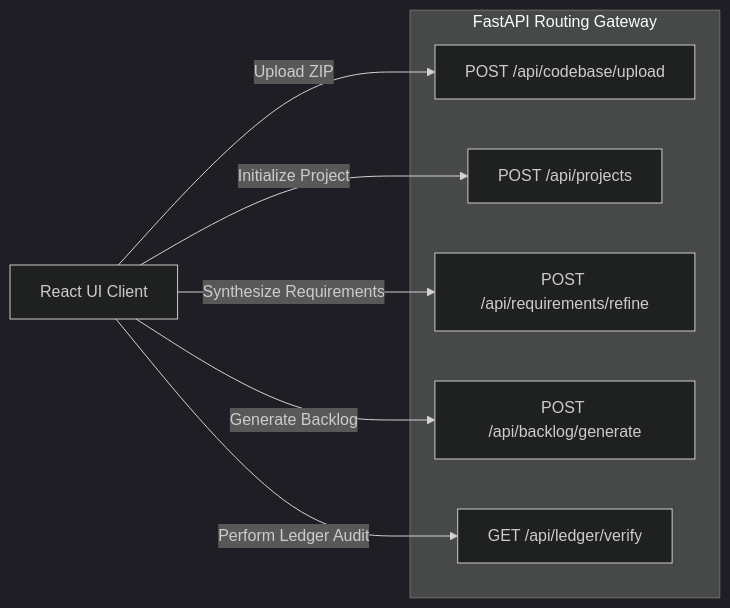
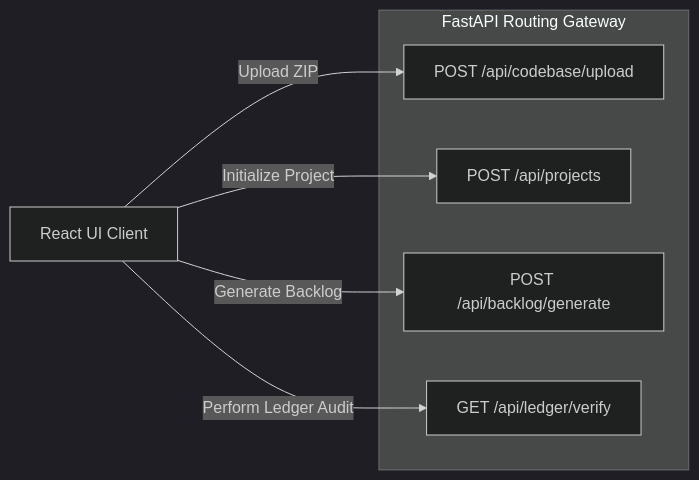
Before and after one commit to osicp/AI-Assisted_Software_Documentation_Framework: the fourth of 5 diagrams in DESIGN.md, drawn with Mermaid (dark theme). The commit also changed other lines of this file and 2 other files, not shown here.

Commit message:
Docs: remove references to non-existent verifier.py and refine endpoint, renumber endpoints to maintain consistency

````diff
--- a/DESIGN.md
+++ b/DESIGN.md
@@ -244,16 +244,14 @@
 ```mermaid
 flowchart LR
     Client["React UI Client"] -->|Upload ZIP| Upload["POST /api/codebase/upload"]
     Client -->|Initialize Project| Project["POST /api/projects"]
-    Client -->|Synthesize Requirements| SNL["POST /api/requirements/refine"]
     Client -->|Generate Backlog| Backlog["POST /api/backlog/generate"]
     Client -->|Perform Ledger Audit| Verify["GET /api/ledger/verify"]
     
     subgraph FastAPI["FastAPI Routing Gateway"]
         Upload
         Project
-        SNL
         Backlog
         Verify
     end
 ```
````
